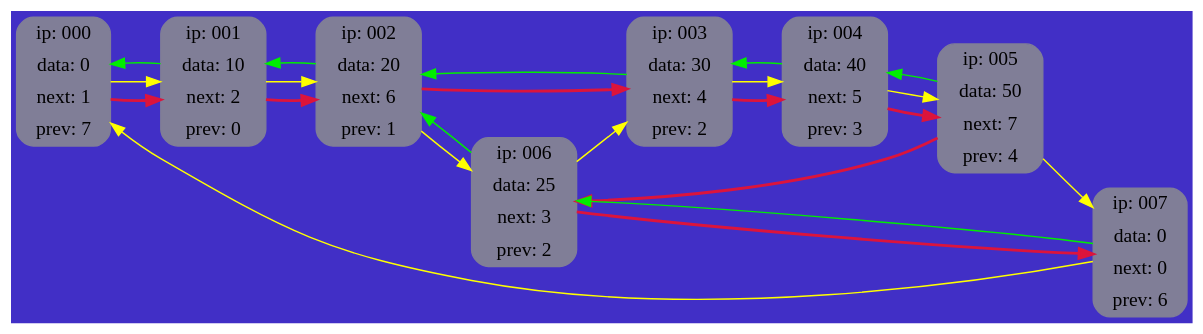
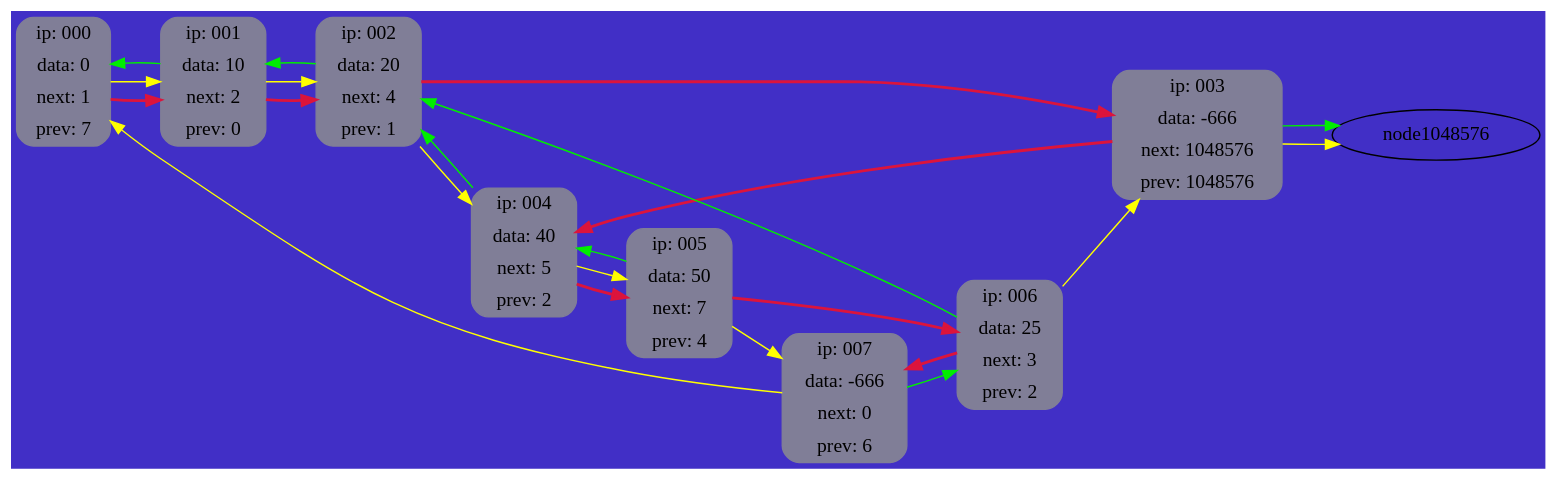
Before and after one commit to kirilldok/List: the diagram in run/graphviz.gv, drawn with Graphviz. The commit also changed 17 other files, not shown here.

```diff
--- a/run/graphviz.gv
+++ b/run/graphviz.gv
@@ -1,40 +1,40 @@
 digraph List 
 {
 	rankdir = LR;
 	bgcolor = "#412FC6"
 
 	node000 [shape = "Mrecord"; style = "filled"; color = "#807E97"; label = "{ ip: 000} | {data: 0} | {next: 1} | {prev: 7} " ];
 	node001 [shape = "Mrecord"; style = "filled"; color = "#807E97"; label = "{ ip: 001} | {data: 10} | {next: 2} | {prev: 0} " ];
-	node002 [shape = "Mrecord"; style = "filled"; color = "#807E97"; label = "{ ip: 002} | {data: 20} | {next: 6} | {prev: 1} " ];
-	node003 [shape = "Mrecord"; style = "filled"; color = "#807E97"; label = "{ ip: 003} | {data: 30} | {next: 4} | {prev: 2} " ];
-	node004 [shape = "Mrecord"; style = "filled"; color = "#807E97"; label = "{ ip: 004} | {data: 40} | {next: 5} | {prev: 3} " ];
+	node002 [shape = "Mrecord"; style = "filled"; color = "#807E97"; label = "{ ip: 002} | {data: 20} | {next: 4} | {prev: 1} " ];
+	node003 [shape = "Mrecord"; style = "filled"; color = "#807E97"; label = "{ ip: 003} | {data: -666} | {next: 1048576} | {prev: 1048576} " ];
+	node004 [shape = "Mrecord"; style = "filled"; color = "#807E97"; label = "{ ip: 004} | {data: 40} | {next: 5} | {prev: 2} " ];
 	node005 [shape = "Mrecord"; style = "filled"; color = "#807E97"; label = "{ ip: 005} | {data: 50} | {next: 7} | {prev: 4} " ];
 	node006 [shape = "Mrecord"; style = "filled"; color = "#807E97"; label = "{ ip: 006} | {data: 25} | {next: 3} | {prev: 2} " ];
-	node007 [shape = "Mrecord"; style = "filled"; color = "#807E97"; label = "{ ip: 007} | {data: 0} | {next: 0} | {prev: 6} " ];
+	node007 [shape = "Mrecord"; style = "filled"; color = "#807E97"; label = "{ ip: 007} | {data: -666} | {next: 0} | {prev: 6} " ];
 
 	node000 -> node001 [style = bold; weight = 10000; color = crimson; ];
 	node001 -> node002 [style = bold; weight = 10000; color = crimson; ];
 	node002 -> node003 [style = bold; weight = 10000; color = crimson; ];
 	node003 -> node004 [style = bold; weight = 10000; color = crimson; ];
 	node004 -> node005 [style = bold; weight = 10000; color = crimson; ];
 	node005 -> node006 [style = bold; weight = 10000; color = crimson; ];
 	node006 -> node007 [style = bold; weight = 10000; color = crimson; ];
 
 	node000 -> node001 [weight = 0; color  = yellow1; ];
 	node001 -> node002 [weight = 0; color  = yellow1; ];
-	node002 -> node006 [weight = 0; color  = yellow1; ];
-	node003 -> node004 [weight = 0; color  = yellow1; ];
+	node002 -> node004 [weight = 0; color  = yellow1; ];
+	node003 -> node1048576 [weight = 0; color  = yellow1; ];
 	node004 -> node005 [weight = 0; color  = yellow1; ];
 	node005 -> node007 [weight = 0; color  = yellow1; ];
 	node006 -> node003 [weight = 0; color  = yellow1; ];
 	node007 -> node000 [weight = 0; color  = yellow1; ];
 
 	node007 -> node006 [weight = 0; color  = green2; ];
 	node006 -> node002 [weight = 0; color  = green2; ];
 	node005 -> node004 [weight = 0; color  = green2; ];
-	node004 -> node003 [weight = 0; color  = green2; ];
-	node003 -> node002 [weight = 0; color  = green2; ];
+	node004 -> node002 [weight = 0; color  = green2; ];
+	node003 -> node1048576 [weight = 0; color  = green2; ];
 	node002 -> node001 [weight = 0; color  = green2; ];
 	node001 -> node000 [weight = 0; color  = green2; ];
 
 }
```
